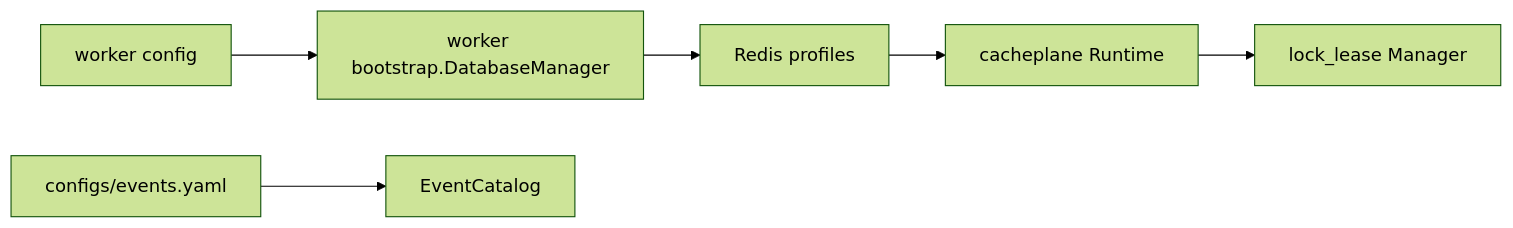
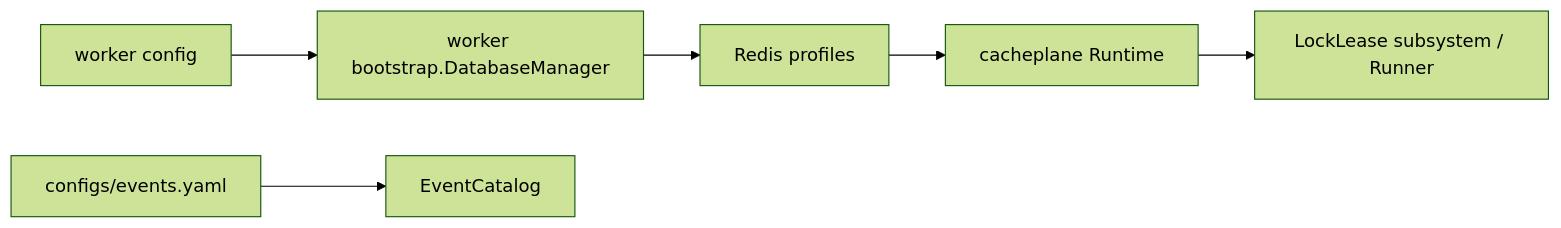
The third of 6 diagrams in docs/01-运行时/03-qs-worker运行时.md (FangcunMount/qs-server), drawn with Mermaid (forest theme) before and after one commit. The commit also changed 83 other files, not shown here.

Commit message:
chore(deps):  将 component-base 更新至 v0.6.4 并添加锁租约配置 - 将对 `github.com/FangcunMount/component-base` 的依赖从 v0.6.3 更新至 v0.6.4。 - 在开发和生产环境的 API 服务器配置中添加了 `lock_lease` 配置，并将 `renewal_enabled` 设置为 true。 - 更新文档以反映新的 `lock_lease` 子系统及其对租约续期的管理。

````diff
--- a/docs/01-运行时/03-qs-worker运行时.md
+++ b/docs/01-运行时/03-qs-worker运行时.md
@@ -121,13 +121,13 @@
 ```mermaid
 flowchart LR
     cfg[worker config]
     dbm[worker bootstrap.DatabaseManager]
     redis[Redis profiles]
     runtime[cacheplane Runtime]
-    lock[lock_lease Manager]
+    lock[LockLease subsystem / Runner]
     events[configs/events.yaml]
     catalog[EventCatalog]
 
     cfg --> dbm --> redis --> runtime --> lock
     events --> catalog
 ```
````
